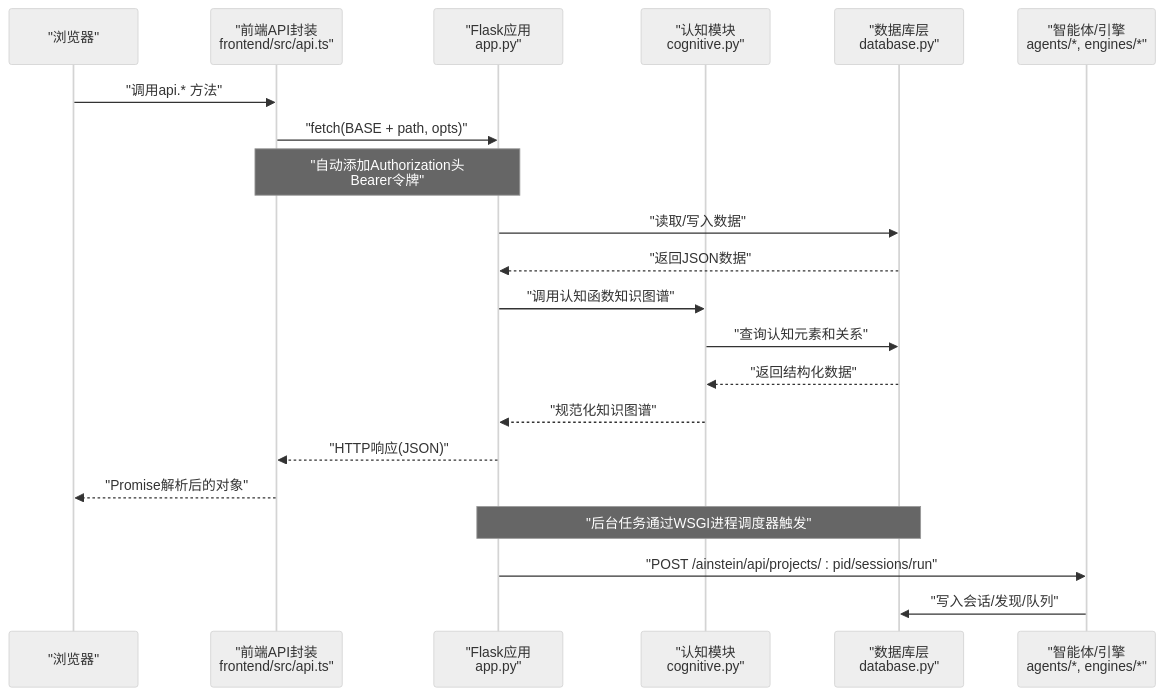
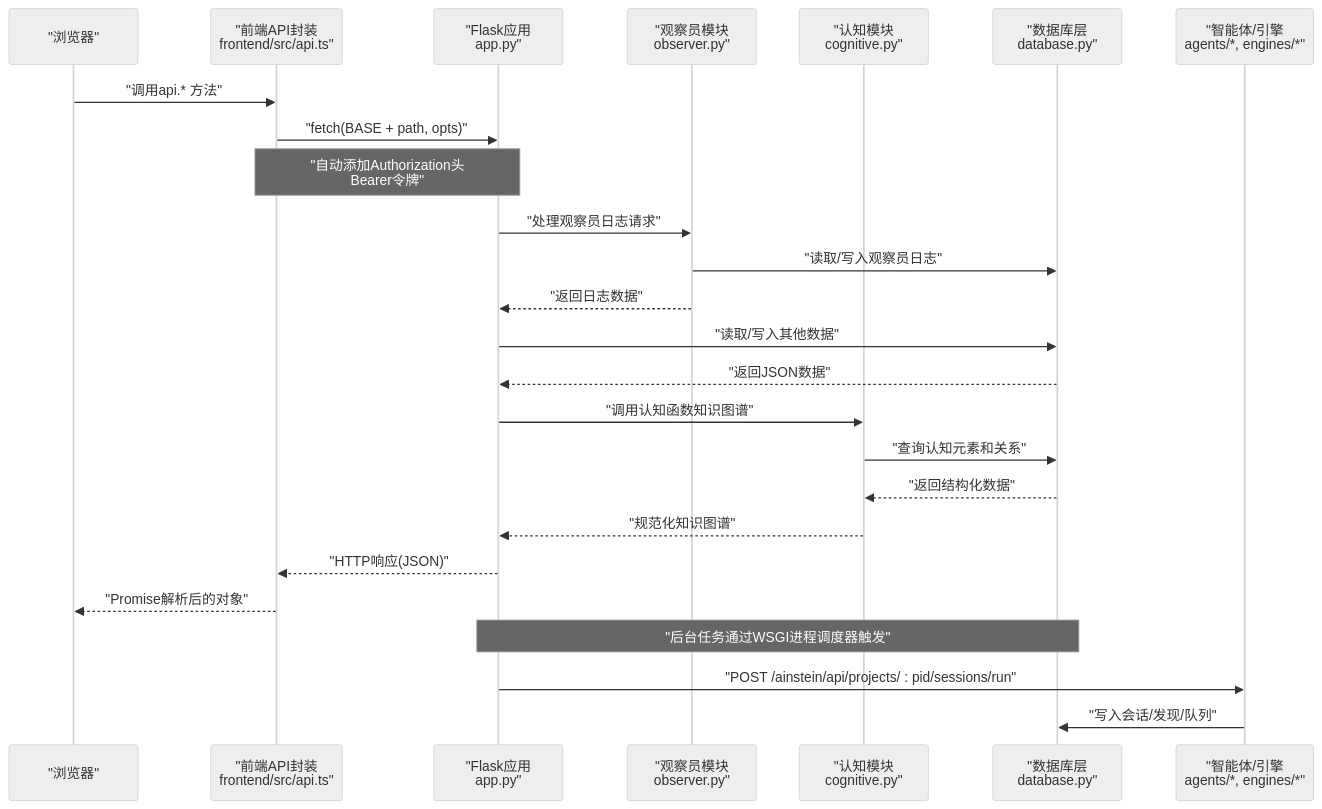
One commit to GDY-ai/ainstein changed the second of 7 diagrams in .qoder/repowiki/zh/content/前端应用/API集成.md. Above: the diagram before and after it, drawn with Mermaid (neutral theme). The commit also changed other lines of this file and 19 other files, not shown here.

````diff
--- a/.qoder/repowiki/zh/content/前端应用/API集成.md
+++ b/.qoder/repowiki/zh/content/前端应用/API集成.md
@@ -147,23 +160,27 @@
 ```mermaid
 sequenceDiagram
 participant Browser as "浏览器"
 participant Front as "前端API封装<br/>frontend/src/api.ts"
 participant Flask as "Flask应用<br/>app.py"
+participant Observer as "观察员模块<br/>observer.py"
 participant Cog as "认知模块<br/>cognitive.py"
 participant DB as "数据库层<br/>database.py"
 participant Agent as "智能体/引擎<br/>agents/*, engines/*"
 Browser->>Front : "调用api.* 方法"
 Front->>Flask : "fetch(BASE + path, opts)"
 Note over Front,Flask : "自动添加Authorization头<br/>Bearer令牌"
-Flask->>DB : "读取/写入数据"
+Flask->>Observer : "处理观察员日志请求"
+Observer->>DB : "读取/写入观察员日志"
+Observer-->>Flask : "返回日志数据"
+Flask->>DB : "读取/写入其他数据"
 DB-->>Flask : "返回JSON数据"
 Flask->>Cog : "调用认知函数知识图谱"
 Cog->>DB : "查询认知元素和关系"
 DB-->>Cog : "返回结构化数据"
 Cog-->>Flask : "规范化知识图谱"
 Flask-->>Front : "HTTP响应(JSON)"
 Front-->>Browser : "Promise解析后的对象"
 Note over Flask,DB : "后台任务通过WSGI进程调度器触发"
 Flask->>Agent : "POST /ainstein/api/projects/ : pid/sessions/run"
 Agent->>DB : "写入会话/发现/队列"
 ```
````
